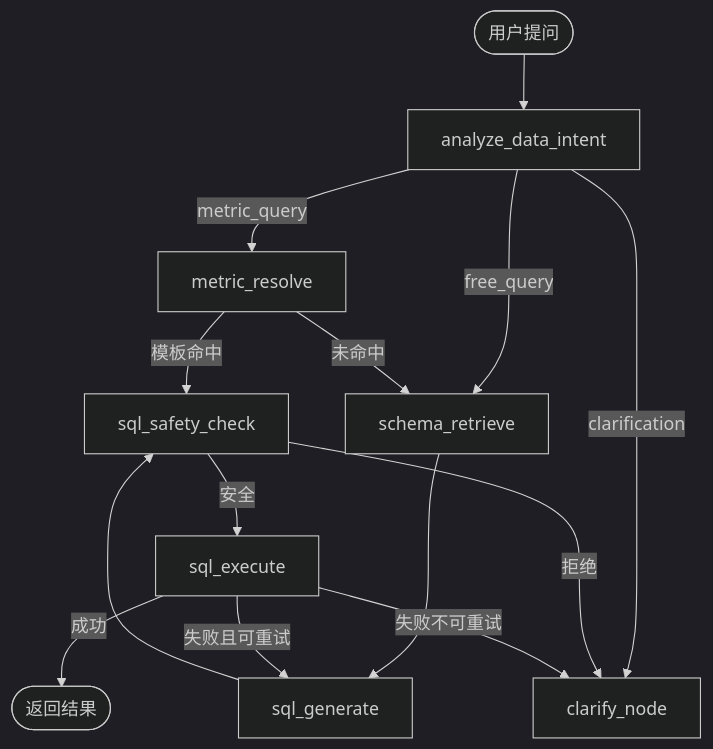
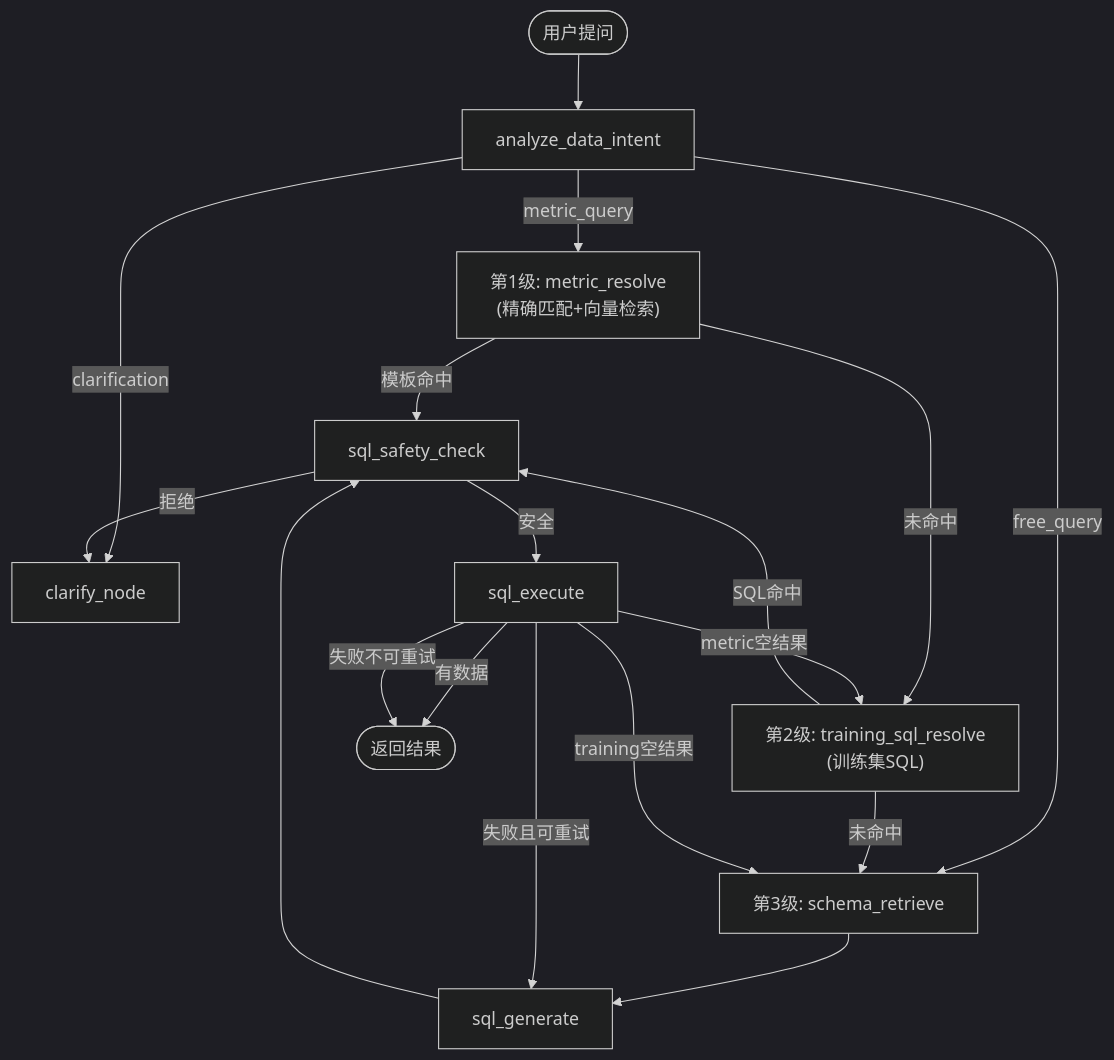
Before and after one commit to jijingkun-commits/fastapi: the first of 5 diagrams in docs/开发文档/架构设计/问数引擎设计.md, drawn with Mermaid (dark theme). The commit also changed other lines of this file and 164 other files, not shown here.

````diff
--- a/docs/开发文档/架构设计/问数引擎设计.md
+++ b/docs/开发文档/架构设计/问数引擎设计.md
@@ -25,20 +28,25 @@
 ```mermaid
 flowchart TD
     Start([用户提问]) --> Analyze[analyze_data_intent]
-    Analyze -->|"metric_query"| Metric[metric_resolve]
-    Analyze -->|"free_query"| Schema[schema_retrieve]
+    Analyze -->|"metric_query"| Metric["第1级: metric_resolve\n(精确匹配+向量检索)"]
+    Analyze -->|"free_query"| Schema["第3级: schema_retrieve"]
     Analyze -->|"clarification"| Clarify[clarify_node]
     
     Metric -->|"模板命中"| Safety[sql_safety_check]
-    Metric -->|"未命中"| Schema
+    Metric -->|"未命中"| Training["第2级: training_sql_resolve\n(训练集SQL)"]
+    
+    Training -->|"SQL命中"| Safety
+    Training -->|"未命中"| Schema
     
     Schema --> Generate[sql_generate]
     Generate --> Safety
     
     Safety -->|"安全"| Execute[sql_execute]
     Safety -->|"拒绝"| Clarify
     
-    Execute -->|"成功"| Done([返回结果])
+    Execute -->|"有数据"| Done([返回结果])
+    Execute -->|"metric空结果"| Training
+    Execute -->|"training空结果"| Schema
     Execute -->|"失败且可重试"| Generate
-    Execute -->|"失败不可重试"| Clarify
+    Execute -->|"失败不可重试"| Done
 ```
````
